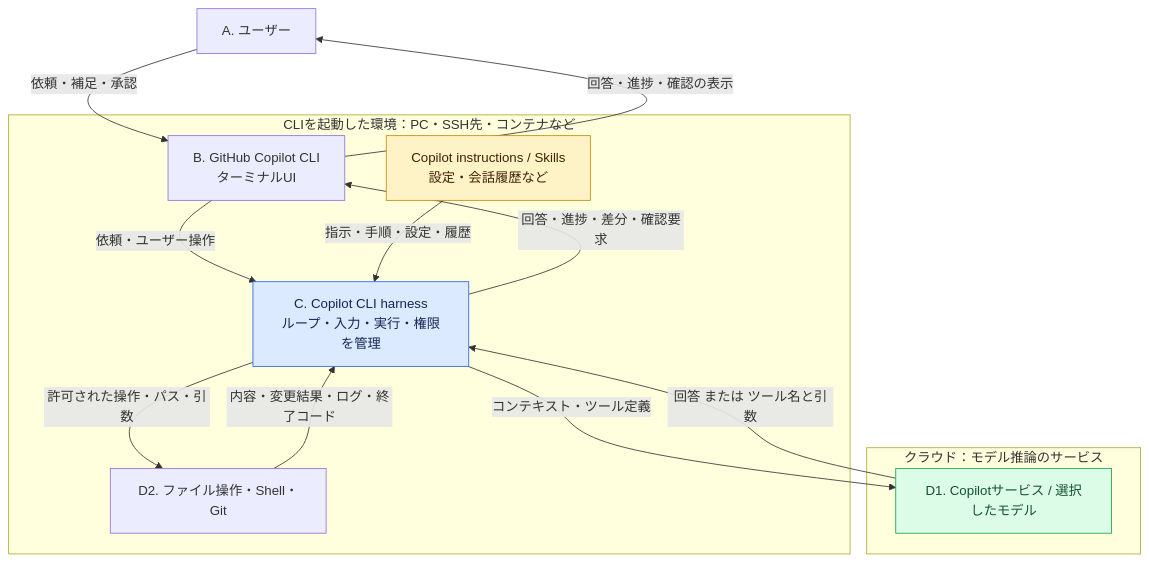
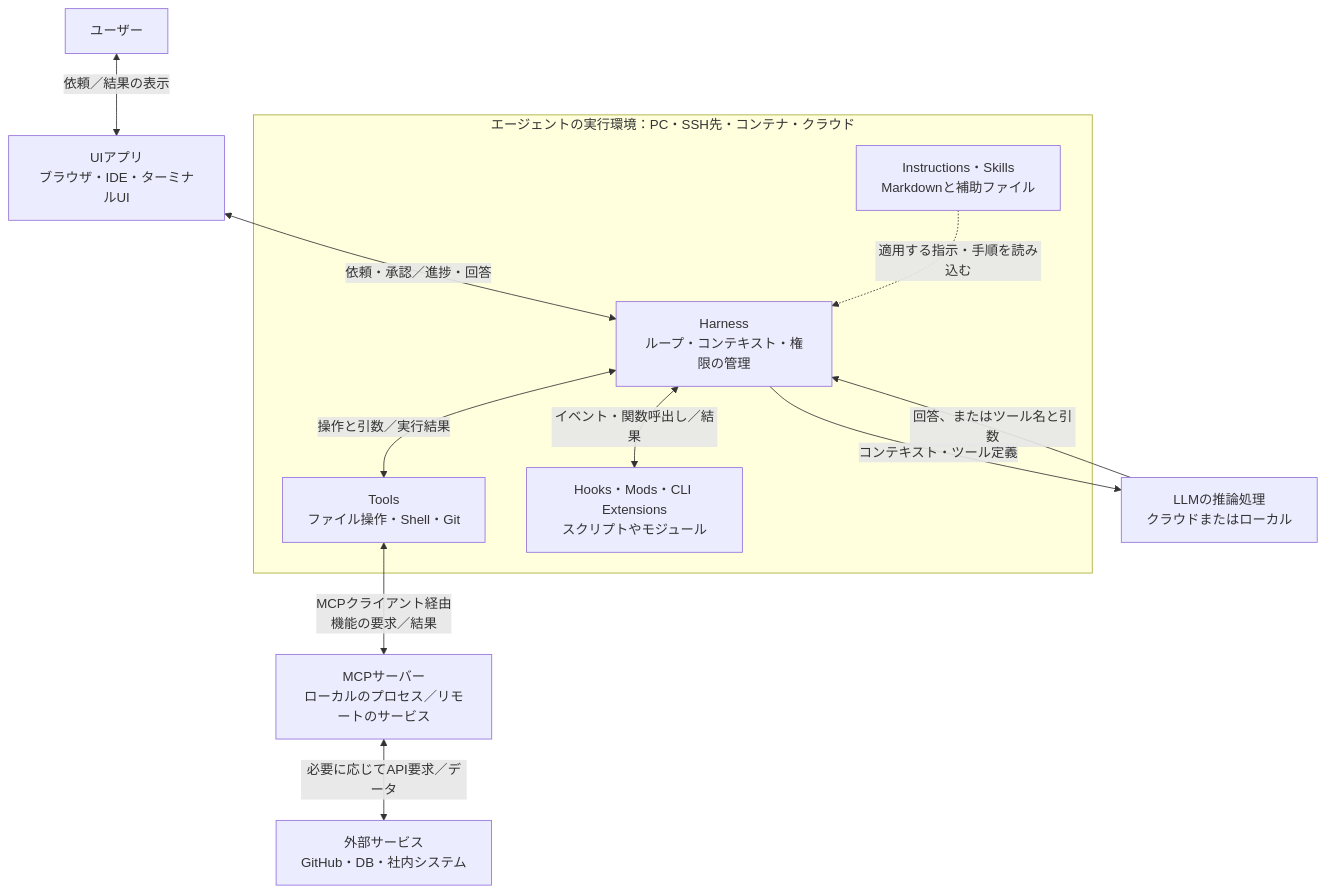
The first of 5 diagrams in learning/ai/agent_architecture_jp.md (rtnk16/dev-lab), drawn with Mermaid before and after one commit. The commit also changed other lines of this file and 32 other files, not shown here.

Commit message:
Simplify agent architecture guides with embedded Mermaid diagrams

````diff
--- a/learning/ai/agent_architecture_jp.md
+++ b/learning/ai/agent_architecture_jp.md
@@ -137,28 +9,20 @@
 ```mermaid
 flowchart TB
-    U["A. ユーザー"]
-    subgraph LOCAL["CLIを起動した環境：PC・SSH先・コンテナなど"]
-        B["B. GitHub Copilot CLI<br/>ターミナルUI"]
-        H["C. Copilot CLI harness<br/>ループ・入力・実行・権限を管理"]
-        F["Copilot instructions / Skills<br/>設定・会話履歴など"]
-        T["D2. ファイル操作・Shell・Git"]
+    U["ユーザー"] <-->|"依頼／結果の表示"| UI["UIアプリ<br/>ブラウザ・IDE・ターミナルUI"]
+    UI <-->|"依頼・承認／進捗・回答"| H
+
+    subgraph RUN["エージェントの実行環境：PC・SSH先・コンテナ・クラウド"]
+        H["Harness<br/>ループ・コンテキスト・権限の管理"]
+        T["Tools<br/>ファイル操作・Shell・Git"]
+        F["Instructions・Skills<br/>Markdownと補助ファイル"]
+        E["Hooks・Mods・CLI Extensions<br/>スクリプトやモジュール"]
+        F -.->|"適用する指示・手順を読み込む"| H
+        H <-->|"操作と引数／実行結果"| T
+        H <-->|"イベント・関数呼出し／結果"| E
     end
-    subgraph CLOUD["クラウド：モデル推論のサービス"]
-        M["D1. Copilotサービス / 選択したモデル"]
-    end
-    U -->|"依頼・補足・承認"| B
-    B -->|"回答・進捗・確認の表示"| U
-    B -->|"依頼・ユーザー操作"| H
-    H -->|"回答・進捗・差分・確認要求"| B
-    F -->|"指示・手順・設定・履歴"| H
-    H -->|"コンテキスト・ツール定義"| M
-    M -->|"回答 または ツール名と引数"| H
-    H -->|"許可された操作・パス・引数"| T
-    T -->|"内容・変更結果・ログ・終了コード"| H
-    classDef control fill:#dbeafe,stroke:#2563eb,color:#172554
-    classDef model fill:#dcfce7,stroke:#16a34a,color:#14532d
-    classDef data fill:#fef3c7,stroke:#ca8a04,color:#422006
-    class H control
-    class M model
-    class F data
+
+    H -->|"コンテキスト・ツール定義"| L["LLMの推論処理<br/>クラウドまたはローカル"]
+    L -->|"回答、またはツール名と引数"| H
+    T <-->|"MCPクライアント経由<br/>機能の要求／結果"| M["MCPサーバー<br/>ローカルのプロセス／リモートのサービス"]
+    M <-->|"必要に応じてAPI要求／データ"| S["外部サービス<br/>GitHub・DB・社内システム"]
 ```
````
